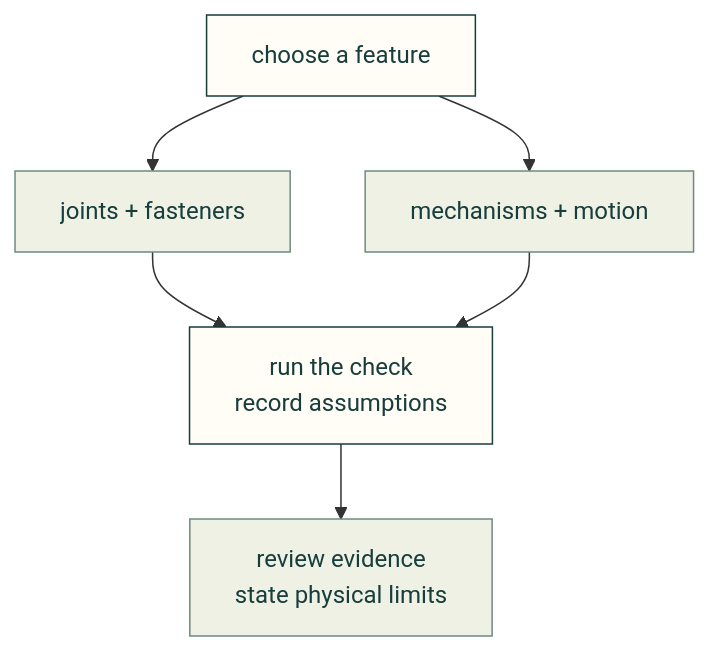
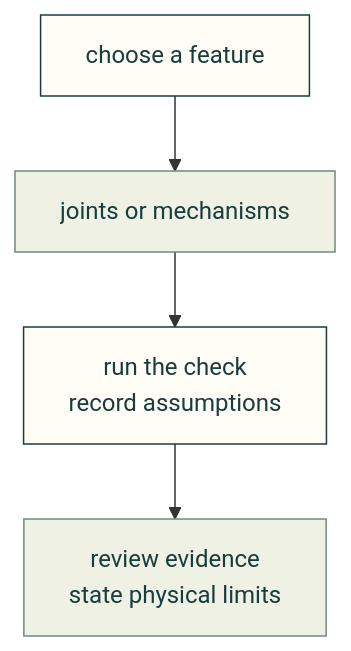
The diagram in docs/mechanical/README.md (Valpatel/cad-agent), drawn with Mermaid before and after one commit. The commit also changed 3 other files, not shown here.

Commit message:
fix(docs): keep hierarchy overview diagrams visible on phones

````diff
--- a/docs/mechanical/README.md
+++ b/docs/mechanical/README.md
@@ -5,12 +5,10 @@
 ```mermaid
 flowchart TD
-    F["choose a feature"] --> J["joints + fasteners"]
-    F --> M["mechanisms + motion"]
+    F["choose a feature"] --> J["joints or mechanisms"]
     J --> C["run the check<br/>record assumptions"]
-    M --> C
     C --> R["review evidence<br/>state physical limits"]
     classDef here fill:#fffdf5,stroke:#173d3c,color:#173d3c
     classDef near fill:#eef1e4,stroke:#6f8a80,color:#173d3c
     class F,C here
-    class J,M,R near
+    class J,R near
 ```
````
